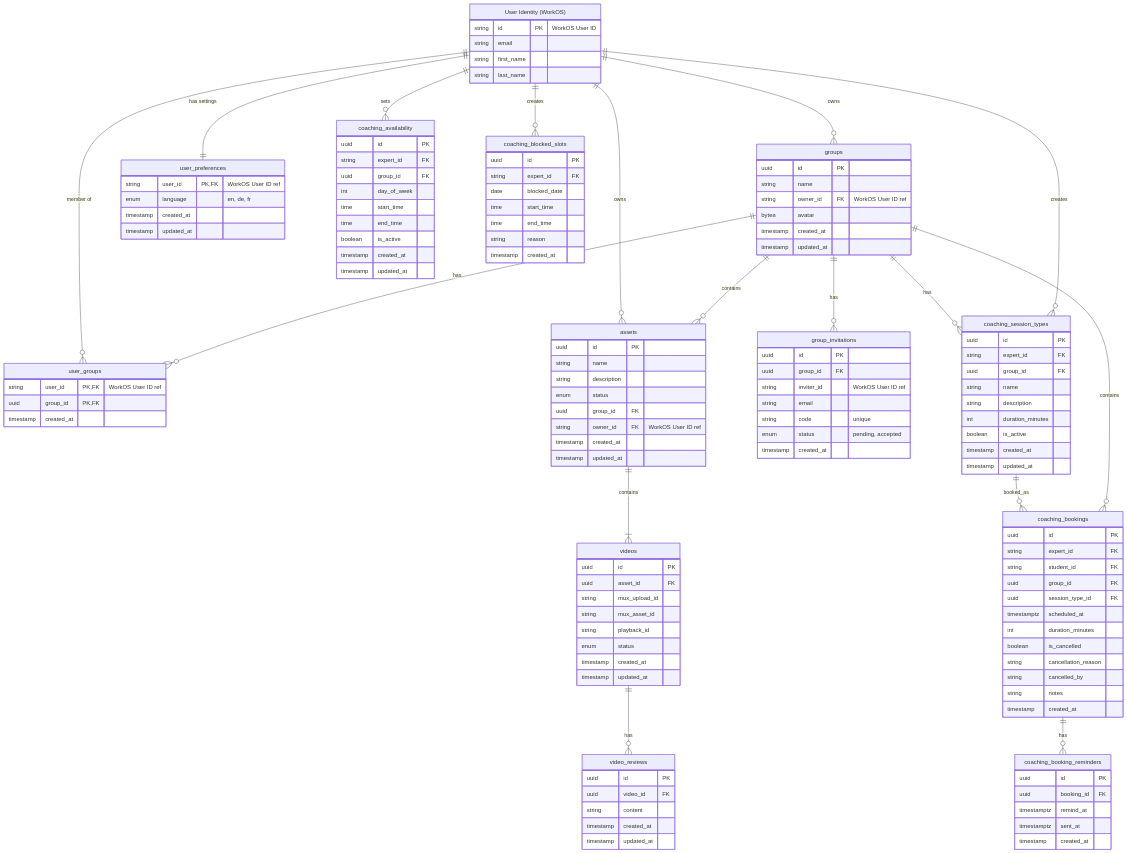
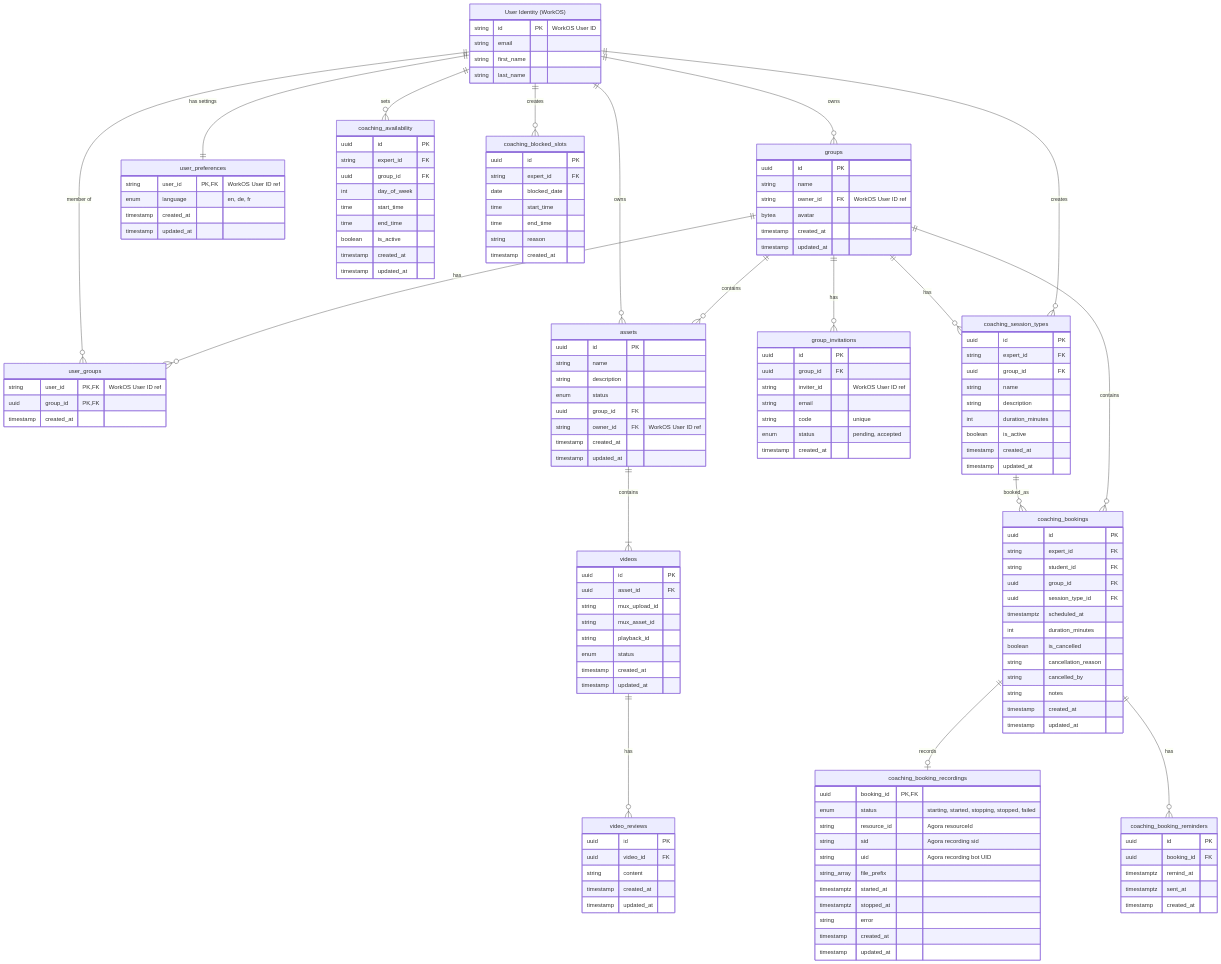
One commit to OZIOisgood/zeta changed the eighth of 8 diagrams in README.md. Above: the diagram before and after it, drawn with Mermaid. The commit also changed other lines of this file and 22 other files, not shown here.

First line of the commit message:
feat(coaching): add recording management functionality

````diff
--- a/README.md
+++ b/README.md
@@ -402,6 +417,21 @@
         string cancelled_by
         string notes
         timestamp created_at
+        timestamp updated_at
+    }
+
+    coaching_booking_recordings {
+        uuid booking_id PK, FK
+        enum status "starting, started, stopping, stopped, failed"
+        string resource_id "Agora resourceId"
+        string sid "Agora recording sid"
+        string uid "Agora recording bot UID"
+        string_array file_prefix
+        timestamptz started_at
+        timestamptz stopped_at
+        string error
+        timestamp created_at
+        timestamp updated_at
     }
 
     coaching_booking_reminders {
@@ -418,5 +448,6 @@
     users ||--o{ coaching_blocked_slots : creates
     coaching_session_types ||--o{ coaching_bookings : booked_as
     groups ||--o{ coaching_bookings : contains
+    coaching_bookings ||--o| coaching_booking_recordings : records
     coaching_bookings ||--o{ coaching_booking_reminders : has
 ```
````
